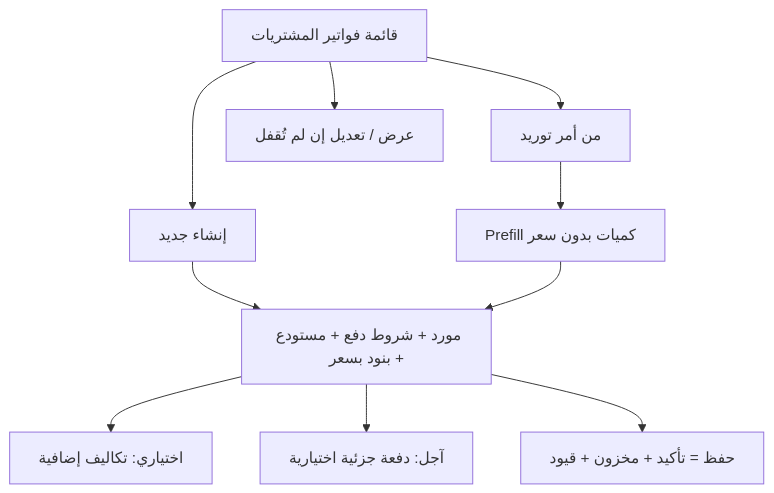
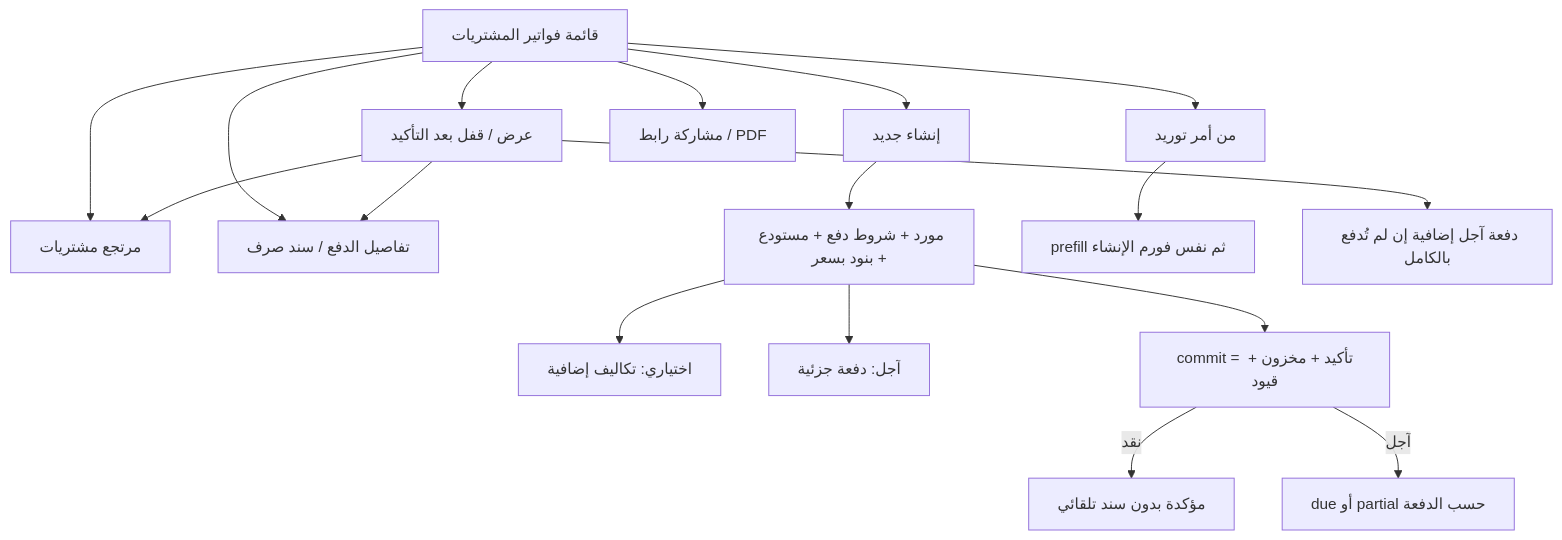
Before and after one commit to mybeesys/my-bee: the diagram in docs/purchases-api-spec.md, drawn with Mermaid. The commit also changed other lines of this file and 11 other files, not shown here.

````diff
--- a/docs/purchases-api-spec.md
+++ b/docs/purchases-api-spec.md
@@ -60,12 +65,19 @@
 ```mermaid
 flowchart TD
     A[قائمة فواتير المشتريات] --> B[إنشاء جديد]
     A --> C[من أمر توريد]
-    A --> D[عرض / تعديل إن لم تُقفل]
-    B --> E[مورد + شروط دفع + مستودع + بنود بسعر]
-    E --> F[اختياري: تكاليف إضافية]
-    E --> G[آجل: دفعة جزئية اختيارية]
-    E --> H[حفظ = تأكيد + مخزون + قيود]
-    C --> I[Prefill كميات بدون سعر]
-    I --> E
+    A --> D[عرض / قفل بعد التأكيد]
+    A --> E[مشاركة رابط / PDF]
+    A --> F[مرتجع مشتريات]
+    A --> G[تفاصيل الدفع / سند صرف]
+    B --> H[مورد + شروط دفع + مستودع + بنود بسعر]
+    H --> I[اختياري: تكاليف إضافية]
+    H --> J[آجل: دفعة جزئية]
+    H --> K[commit = تأكيد + مخزون + قيود]
+    K -->|نقد| L[مؤكدة بدون سند تلقائي]
+    K -->|آجل| M[due أو partial حسب الدفعة]
+    C --> N[prefill ثم نفس فورم الإنشاء]
+    D --> F
+    D --> G
+    D --> O[دفعة آجل إضافية إن لم تُدفع بالكامل]
 ```
````
